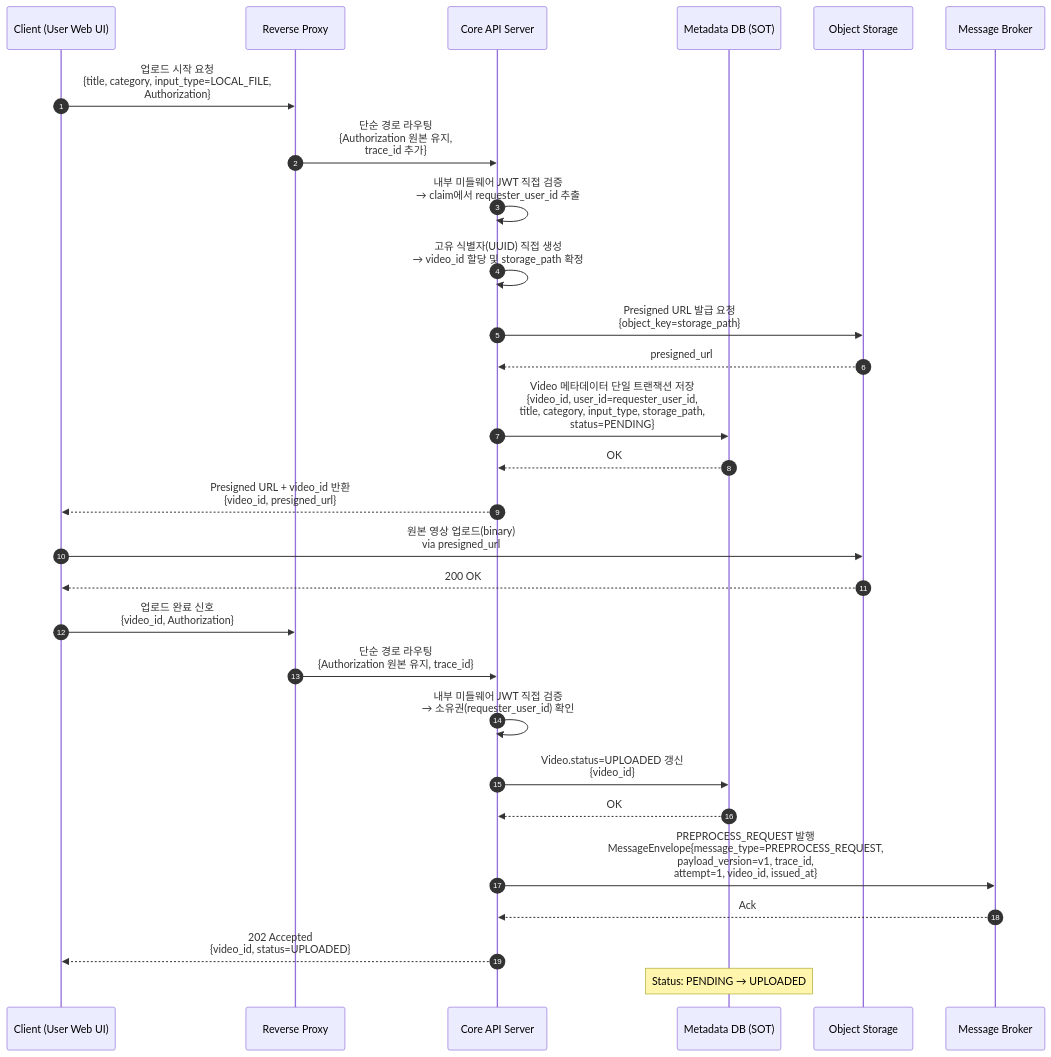
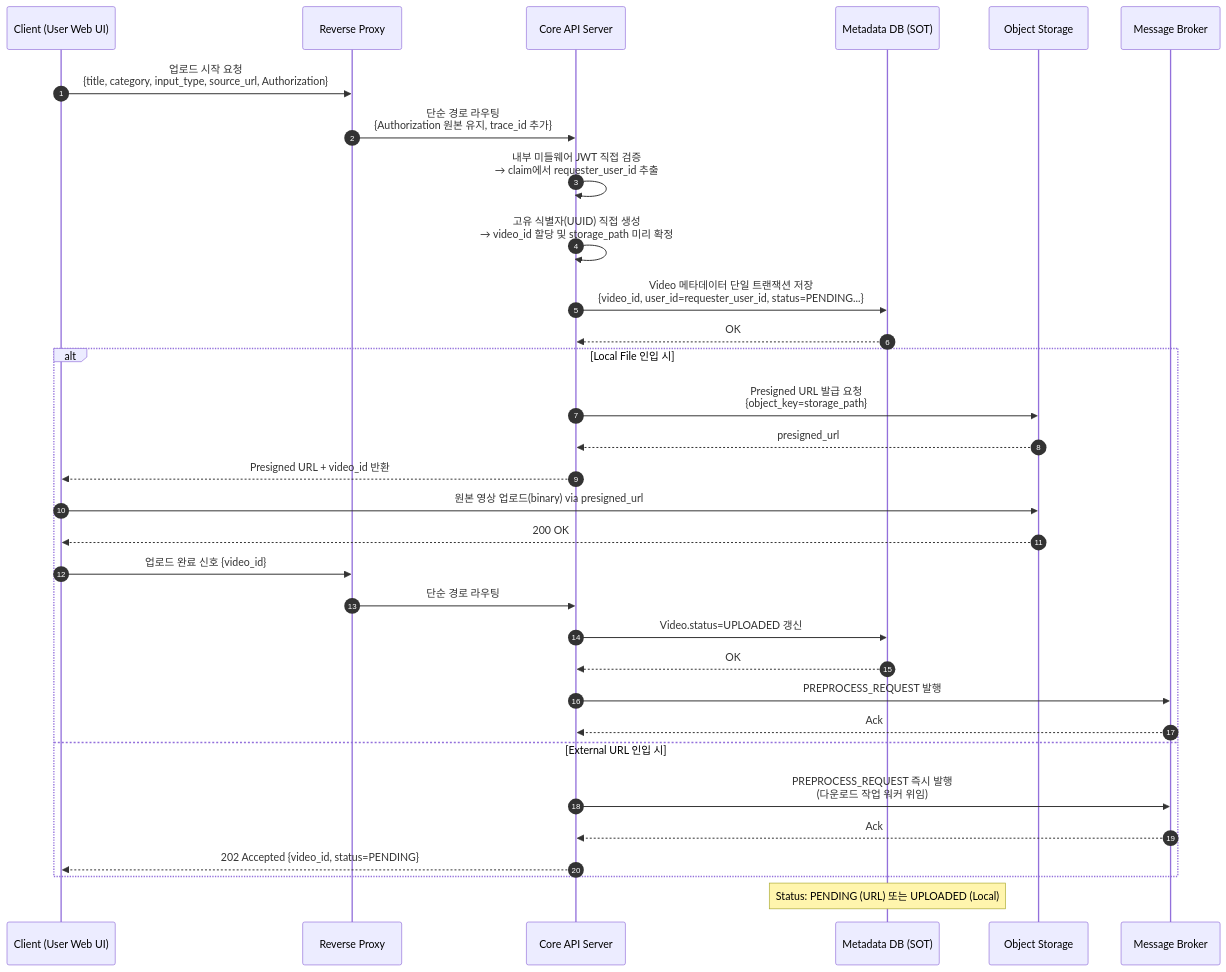
The first of 3 diagrams in docs/Diagram/sequence_diagram/SD_Mermaid.md (f-lab-edu/Biblio), drawn with Mermaid before and after one commit. The commit also changed other lines of this file and 11 other files, not shown here.

````diff
--- a/docs/Diagram/sequence_diagram/SD_Mermaid.md
+++ b/docs/Diagram/sequence_diagram/SD_Mermaid.md
@@ -3,41 +3,42 @@
 ```mermaid
 sequenceDiagram
 autonumber
 participant C as Client (User Web UI)
 participant RP as Reverse Proxy
 participant API as Core API Server
 participant DB as Metadata DB (SOT)
 participant OS as Object Storage
 participant MQ as Message Broker
 
-C->>RP: 업로드 시작 요청<br/>{title, category, input_type=LOCAL_FILE,<br/>Authorization}
-RP->>API: 단순 경로 라우팅<br/>{Authorization 원본 유지,<br/>trace_id 추가}
+C->>RP: 업로드 시작 요청<br/>{title, category, input_type, source_url, Authorization}
+RP->>API: 단순 경로 라우팅<br/>{Authorization 원본 유지, trace_id 추가}
 API->>API: 내부 미들웨어 JWT 직접 검증<br/>→ claim에서 requester_user_id 추출
 
-API->>API: 고유 식별자(UUID) 직접 생성<br/>→ video_id 할당 및 storage_path 확정
+API->>API: 고유 식별자(UUID) 직접 생성<br/>→ video_id 할당 및 storage_path 미리 확정
 
-API->>OS: Presigned URL 발급 요청<br/>{object_key=storage_path}
-OS-->>API: presigned_url
-
-API->>DB: Video 메타데이터 단일 트랜잭션 저장<br/>{video_id, user_id=requester_user_id,<br/>title, category, input_type, storage_path,<br/>status=PENDING}
+API->>DB: Video 메타데이터 단일 트랜잭션 저장<br/>{video_id, user_id=requester_user_id, status=PENDING...}
 DB-->>API: OK
 
-API-->>C: Presigned URL + video_id 반환<br/>{video_id, presigned_url}
+alt Local File 인입 시
+    API->>OS: Presigned URL 발급 요청<br/>{object_key=storage_path}
+    OS-->>API: presigned_url
+    API-->>C: Presigned URL + video_id 반환
+    
+    C->>OS: 원본 영상 업로드(binary) via presigned_url
+    OS-->>C: 200 OK
+    
+    C->>RP: 업로드 완료 신호 {video_id}
+    RP->>API: 단순 경로 라우팅
+    API->>DB: Video.status=UPLOADED 갱신
+    DB-->>API: OK
+    
+    API->>MQ: PREPROCESS_REQUEST 발행
+    MQ-->>API: Ack
+else External URL 인입 시
+    API->>MQ: PREPROCESS_REQUEST 즉시 발행<br/>(다운로드 작업 워커 위임)
+    MQ-->>API: Ack
+    API-->>C: 202 Accepted {video_id, status=PENDING}
+end
 
-C->>OS: 원본 영상 업로드(binary)<br/>via presigned_url
-OS-->>C: 200 OK
-
-C->>RP: 업로드 완료 신호<br/>{video_id, Authorization}
-RP->>API: 단순 경로 라우팅<br/>{Authorization 원본 유지, trace_id}
-API->>API: 내부 미들웨어 JWT 직접 검증<br/>→ 소유권(requester_user_id) 확인
-
-API->>DB: Video.status=UPLOADED 갱신<br/>{video_id}
-DB-->>API: OK
-
-API->>MQ: PREPROCESS_REQUEST 발행<br/>MessageEnvelope{message_type=PREPROCESS_REQUEST,<br/>payload_version=v1, trace_id,<br/>attempt=1, video_id, issued_at}
-MQ-->>API: Ack
-
-API-->>C: 202 Accepted<br/>{video_id, status=UPLOADED}
-
-Note over DB: Status: PENDING → UPLOADED
+Note over DB: Status: PENDING (URL) 또는 UPLOADED (Local)
 ```
````
